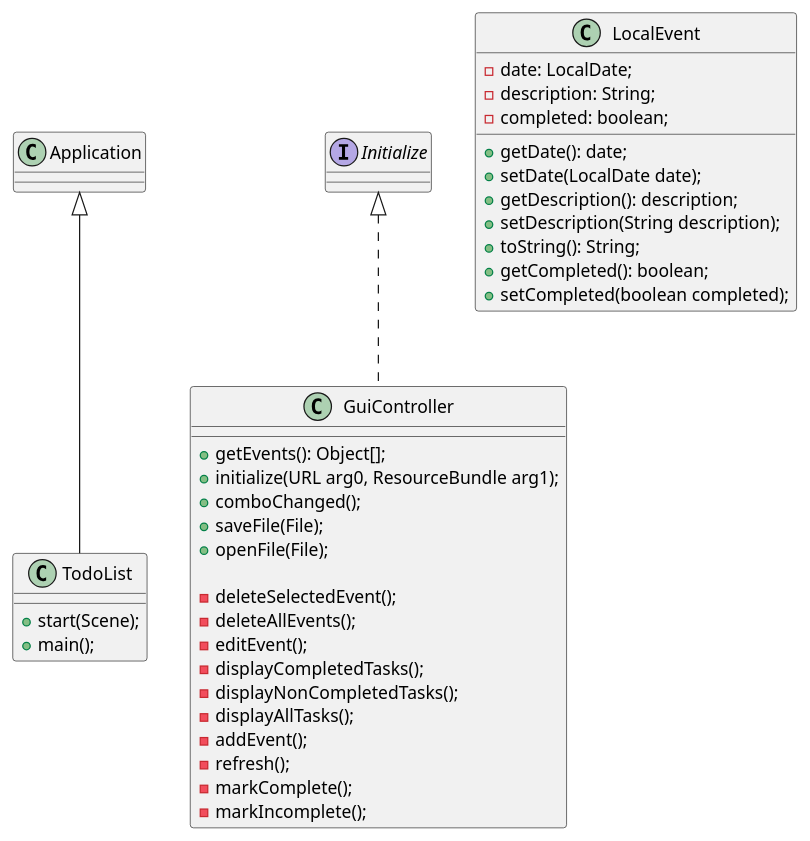
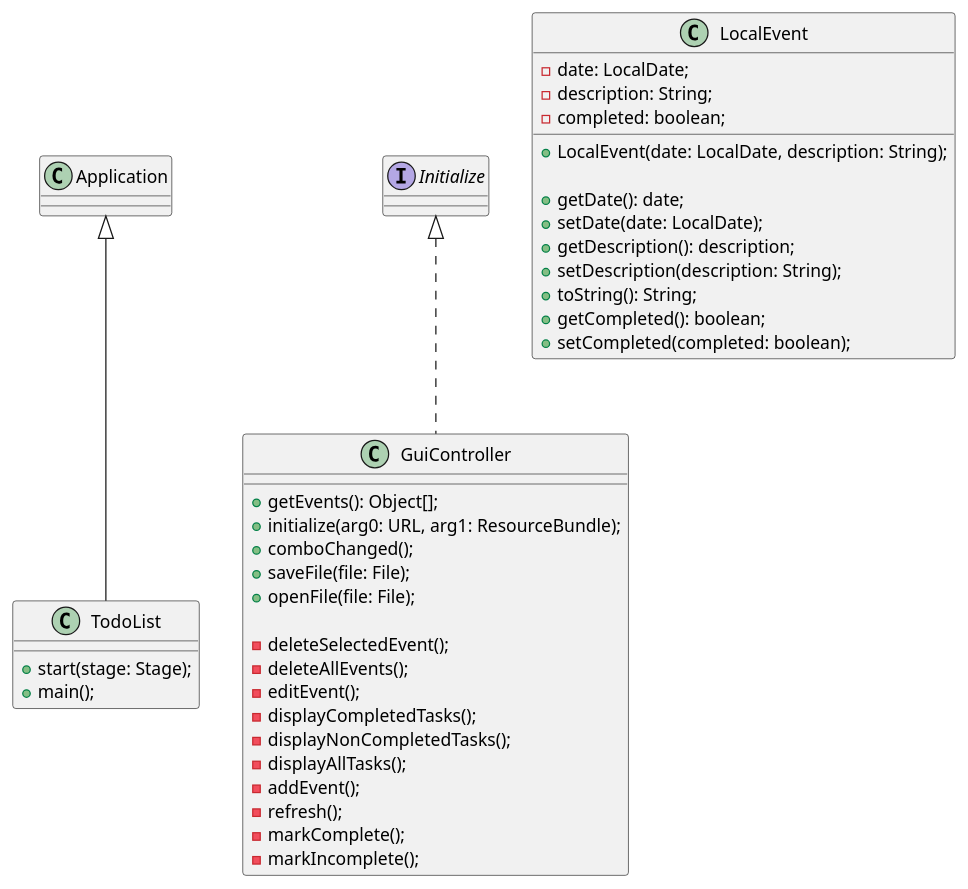
One commit to tylerking885/king-app1-impl changed the diagram in docs/ClassDiagrams.puml. Above: the diagram before and after it, drawn with PlantUML. The commit also changed 1 other file, not shown here.

Commit message:
adjusted class uml diagram

```diff
--- a/docs/ClassDiagrams.puml
+++ b/docs/ClassDiagrams.puml
@@ -1,39 +1,41 @@
 @startuml
 class TodoList extends Application{
-    + start(Scene);
+    + start(stage: Stage);
     + main();
 }
 
 class GuiController implements Initialize{
     + getEvents(): Object[];
-    + initialize(URL arg0, ResourceBundle arg1);
+    + initialize(arg0: URL, arg1: ResourceBundle);
     + comboChanged();
-    + saveFile(File);
-    + openFile(File);
+    + saveFile(file: File);
+    + openFile(file: File);
 
     - deleteSelectedEvent();
     - deleteAllEvents();
     - editEvent();
     - displayCompletedTasks();
     - displayNonCompletedTasks();
     - displayAllTasks();
     - addEvent();
     - refresh();
     - markComplete();
     - markIncomplete();
 }
 
 class LocalEvent{
     - date: LocalDate;
     - description: String;
     - completed: boolean;
 
+    + LocalEvent(date: LocalDate, description: String);
+
     + getDate(): date;
-    + setDate(LocalDate date);
+    + setDate(date: LocalDate);
     + getDescription(): description;
-    + setDescription(String description);
+    + setDescription(description: String);
     + toString(): String;
     + getCompleted(): boolean;
-    + setCompleted(boolean completed);
+    + setCompleted(completed: boolean);
 }
 @enduml
```
